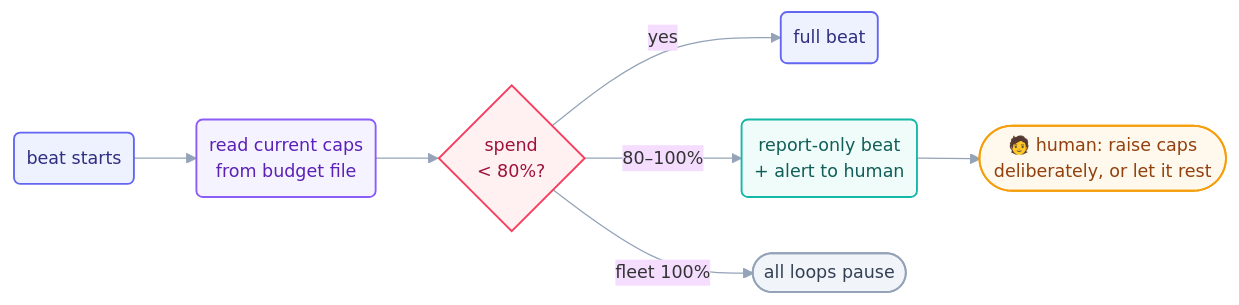
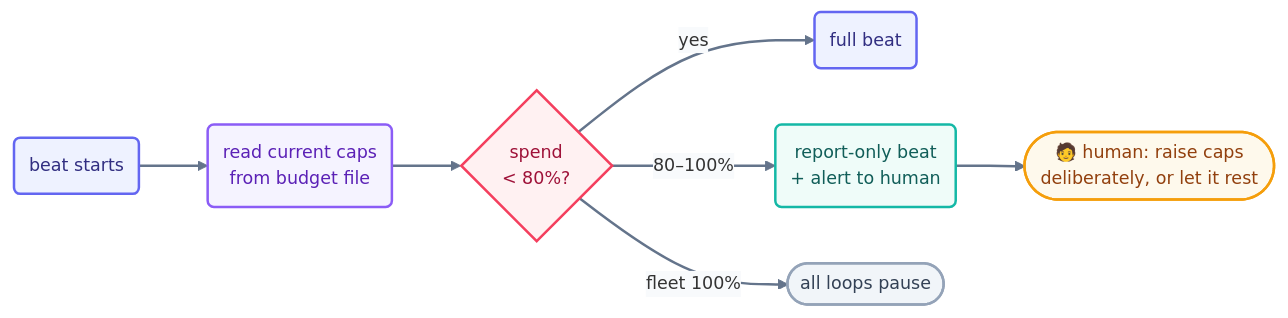
The diagram in docs/08-part-6-human-control/cost-management.md (ayeshakhalid192007-dev/LoopEngineering-CrashCourse), drawn with Mermaid before and after one commit. The commit also changed 66 other files, not shown here.

First line of the commit message:
docs(diagrams): bolden and unify all 70 mermaid diagrams

````diff
--- a/docs/08-part-6-human-control/cost-management.md
+++ b/docs/08-part-6-human-control/cost-management.md
@@ -31,16 +31,17 @@
 ```mermaid
-%%{init: {'theme':'base','themeVariables':{'fontFamily':'ui-sans-serif, system-ui, sans-serif','fontSize':'14px','lineColor':'#94a3b8'},'flowchart':{'curve':'basis','nodeSpacing':45,'rankSpacing':50,'padding':10}}}%%
+%%{init: {'theme':'base','themeVariables':{'fontFamily':'ui-sans-serif, system-ui, sans-serif','fontSize':'14px','lineColor':'#64748b','edgeLabelBackground':'#f8fafc'},'flowchart':{'curve':'basis','nodeSpacing':45,'rankSpacing':55,'padding':12}}}%%
 flowchart LR
     B("beat starts"):::beat --> RC("read current caps<br/>from budget file"):::cfg
     RC --> C{"spend<br/>< 80%?"}:::limit
     C -->|yes| W("full beat"):::beat
     C -->|"80–100%"| RO("report-only beat<br/>+ alert to human"):::check
     C -->|"fleet 100%"| STOP(["all loops pause"]):::stop
     RO --> H(["🧑 human: raise caps<br/>deliberately, or let it rest"]):::human
-    classDef beat fill:#eef2ff,stroke:#6366f1,stroke-width:1.5px,color:#312e81;
-    classDef cfg fill:#f5f3ff,stroke:#8b5cf6,stroke-width:1.5px,color:#5b21b6;
-    classDef limit fill:#fff1f2,stroke:#f43f5e,stroke-width:1.5px,color:#9f1239;
-    classDef check fill:#effcf9,stroke:#14b8a6,stroke-width:1.5px,color:#115e59;
-    classDef stop fill:#f1f5f9,stroke:#94a3b8,stroke-width:1.5px,color:#334155;
-    classDef human fill:#fef9ec,stroke:#f59e0b,stroke-width:1.5px,color:#92400e;
+    linkStyle default stroke:#64748b,stroke-width:2px;
+    classDef beat fill:#eef2ff,stroke:#6366f1,stroke-width:2px,color:#312e81;
+    classDef cfg fill:#f5f3ff,stroke:#8b5cf6,stroke-width:2px,color:#5b21b6;
+    classDef limit fill:#fff1f2,stroke:#f43f5e,stroke-width:2px,color:#9f1239;
+    classDef check fill:#effcf9,stroke:#14b8a6,stroke-width:2px,color:#115e59;
+    classDef stop fill:#f1f5f9,stroke:#94a3b8,stroke-width:2px,color:#334155;
+    classDef human fill:#fef9ec,stroke:#f59e0b,stroke-width:2px,color:#92400e;
 ```
````
